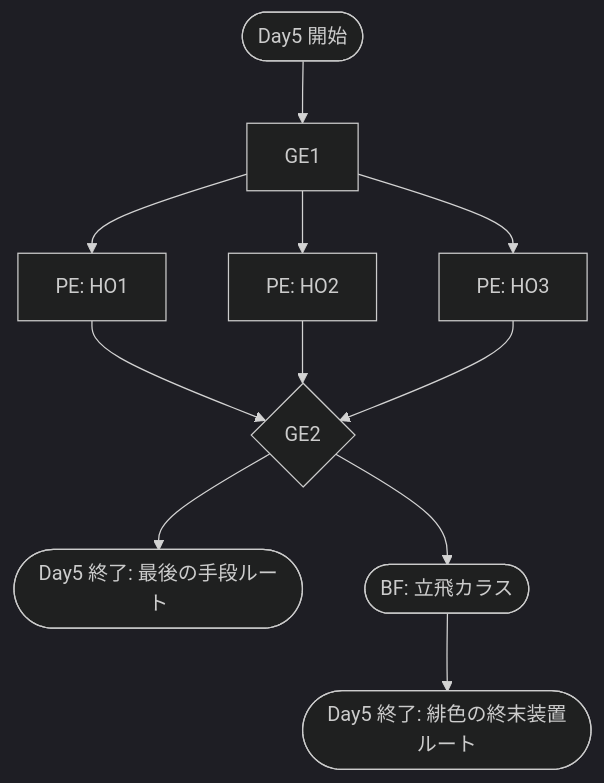
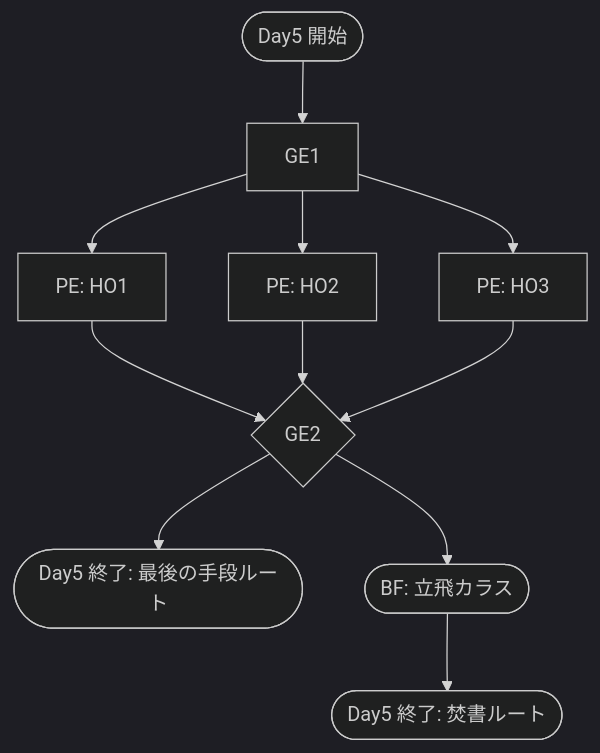
Before and after one commit to KarasuTatehi/last-resort-disturbance: the fifth of 5 diagrams in specs/routing.md, drawn with Mermaid (dark theme). The commit also changed other lines of this file, not shown here.

Commit message:
specs/routing.md updated from https://stackedit.io/

````diff
--- a/specs/routing.md
+++ b/specs/routing.md
@@ -135,20 +135,20 @@
 ```mermaid
 flowchart TD
 D5S([Day5 開始])
 D5-GE1["GE1"]
 D5-PE-HO1["PE: HO1"]
 D5-PE-HO2["PE: HO2"]
 D5-PE-HO3["PE: HO3"]
 D5-GE2{"GE2"}
 D5E-A([Day5 終了: 最後の手段ルート])
 D5-BF(["BF: 立飛カラス"])
-D5E-B([Day5 終了: 緋色の終末装置ルート])
+D5E-B([Day5 終了: 焚書ルート])
 
 D5S -->
 D5-GE1 -->
 D5-PE-HO1 & D5-PE-HO2 & D5-PE-HO3 -->
 D5-GE2 -->
 D5E-A & D5-BF
 D5-BF -->
 D5E-B
 ```
````
